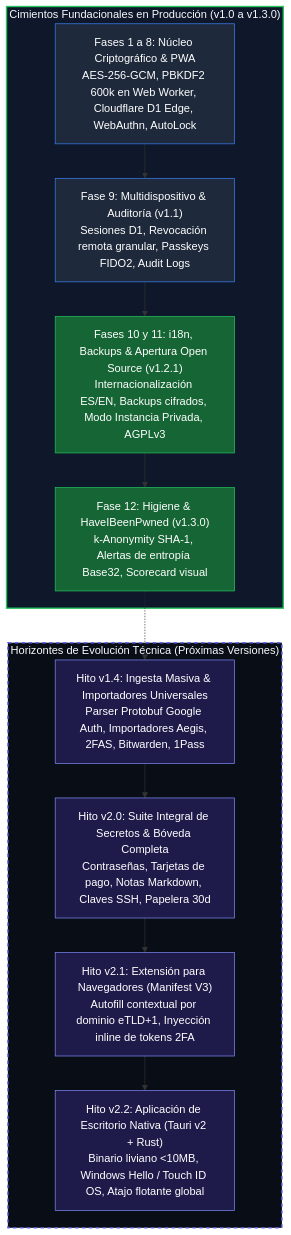
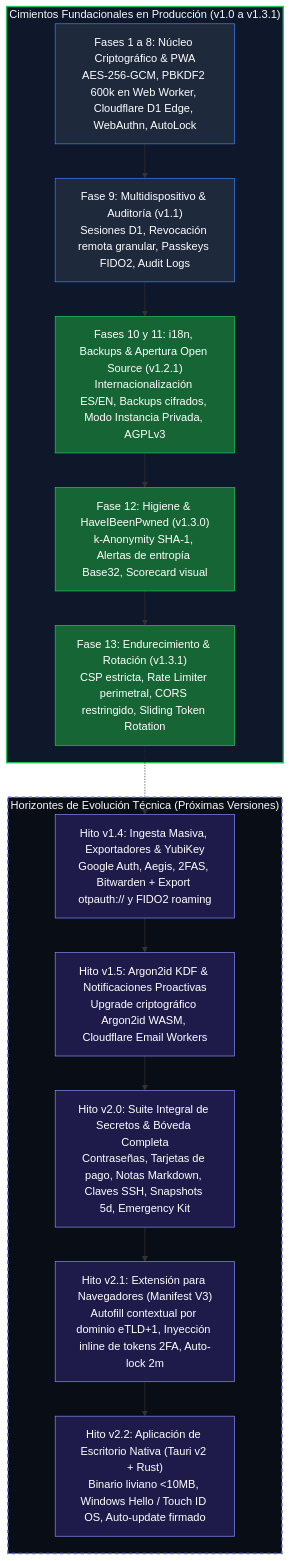
One commit to Revolt-Group/revolt-pass changed the diagram in docs/es/05-ROADMAP.md. Above: the diagram before and after it, drawn with Mermaid. The commit also changed other lines of this file and 16 other files, not shown here.

Commit message:
feat(security): release v1.3.1 edge security hardening and session token rotation

````diff
--- a/docs/es/05-ROADMAP.md
+++ b/docs/es/05-ROADMAP.md
@@ -22,29 +22,33 @@
 ```mermaid
 flowchart TD
-    subgraph COMPLETADAS ["Cimientos Fundacionales en Producción (v1.0 a v1.3.0)"]
+    subgraph COMPLETADAS ["Cimientos Fundacionales en Producción (v1.0 a v1.3.1)"]
         v10["Fases 1 a 8: Núcleo Criptográfico & PWA<br/>AES-256-GCM, PBKDF2 600k en Web Worker, Cloudflare D1 Edge, WebAuthn, AutoLock"]
         v11["Fase 9: Multidispositivo & Auditoría (v1.1)<br/>Sesiones D1, Revocación remota granular, Passkeys FIDO2, Audit Logs"]
         v12["Fases 10 y 11: i18n, Backups & Apertura Open Source (v1.2.1)<br/>Internacionalización ES/EN, Backups cifrados, Modo Instancia Privada, AGPLv3"]
         v13["Fase 12: Higiene & HaveIBeenPwned (v1.3.0)<br/>k-Anonymity SHA-1, Alertas de entropía Base32, Scorecard visual"]
-        v10 --> v11 --> v12 --> v13
+        v131["Fase 13: Endurecimiento & Rotación (v1.3.1)<br/>CSP estricta, Rate Limiter perimetral, CORS restringido, Sliding Token Rotation"]
+        v10 --> v11 --> v12 --> v13 --> v131
     end
 
     subgraph PROXIMAS ["Horizontes de Evolución Técnica (Próximas Versiones)"]
-        v14["Hito v1.4: Ingesta Masiva & Importadores Universales<br/>Parser Protobuf Google Auth, Importadores Aegis, 2FAS, Bitwarden, 1Pass"]
-        v20["Hito v2.0: Suite Integral de Secretos & Bóveda Completa<br/>Contraseñas, Tarjetas de pago, Notas Markdown, Claves SSH, Papelera 30d"]
-        v21["Hito v2.1: Extensión para Navegadores (Manifest V3)<br/>Autofill contextual por dominio eTLD+1, Inyección inline de tokens 2FA"]
-        v22["Hito v2.2: Aplicación de Escritorio Nativa (Tauri v2 + Rust)<br/>Binario liviano <10MB, Windows Hello / Touch ID OS, Atajo flotante global"]
-        v13 -.-> v14 --> v20 --> v21 --> v22
+        v14["Hito v1.4: Ingesta Masiva, Exportadores & YubiKey<br/>Google Auth, Aegis, 2FAS, Bitwarden + Export otpauth:// y FIDO2 roaming"]
+        v15["Hito v1.5: Argon2id KDF & Notificaciones Proactivas<br/>Upgrade criptográfico Argon2id WASM, Cloudflare Email Workers"]
+        v20["Hito v2.0: Suite Integral de Secretos & Bóveda Completa<br/>Contraseñas, Tarjetas de pago, Notas Markdown, Claves SSH, Snapshots 5d, Emergency Kit"]
+        v21["Hito v2.1: Extensión para Navegadores (Manifest V3)<br/>Autofill contextual por dominio eTLD+1, Inyección inline de tokens 2FA, Auto-lock 2m"]
+        v22["Hito v2.2: Aplicación de Escritorio Nativa (Tauri v2 + Rust)<br/>Binario liviano <10MB, Windows Hello / Touch ID OS, Auto-update firmado"]
+        v131 -.-> v14 --> v15 --> v20 --> v21 --> v22
     end
 
     style COMPLETADAS fill:#0f172a,stroke:#22c55e,stroke-width:2px,color:#f8fafc
     style PROXIMAS fill:#090d16,stroke:#6366f1,stroke-width:2px,stroke-dasharray: 5 5,color:#f8fafc
     style v10 fill:#1e293b,stroke:#3b82f6,color:#fff
     style v11 fill:#1e293b,stroke:#3b82f6,color:#fff
     style v12 fill:#166534,stroke:#22c55e,color:#fff
     style v13 fill:#166534,stroke:#22c55e,color:#fff
+    style v131 fill:#166534,stroke:#22c55e,color:#fff
     style v14 fill:#1e1b4b,stroke:#818cf8,color:#fff
+    style v15 fill:#1e1b4b,stroke:#818cf8,color:#fff
     style v20 fill:#1e1b4b,stroke:#818cf8,color:#fff
     style v21 fill:#1e1b4b,stroke:#818cf8,color:#fff
     style v22 fill:#1e1b4b,stroke:#818cf8,color:#fff
 ```
````
